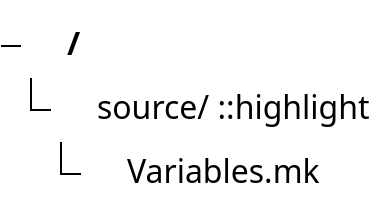
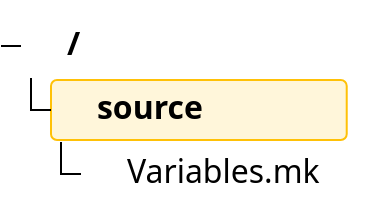
The diagram in README.md (Zai4ikManiak/Cyber-Security-Study), drawn with Mermaid before and after one commit.

Commit message:
modified:   README.md

````diff
--- a/README.md
+++ b/README.md
@@ -2,15 +2,15 @@
 ```mermaid
 ---
 config:
     treeView:
         showIcons: true
         defaultIconPack: material-icon-theme
         filenameIcons:
             source: 📁
         extensionIcons:
             .mk: 🔨
 ---
 treeView-beta
-    source/ ::highlight
+    source/ :::highlight
         Variables.mk
 ```
````
